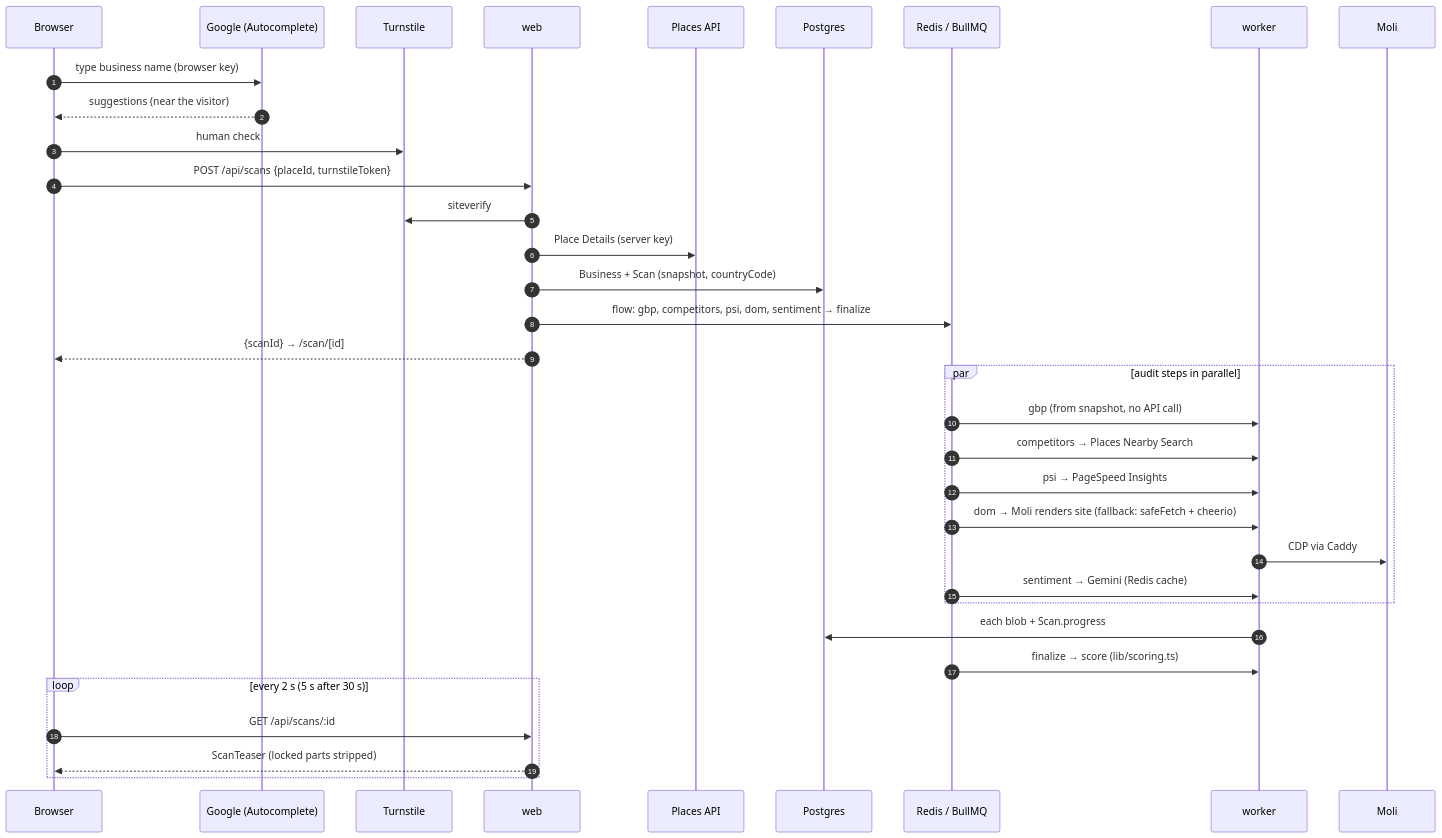
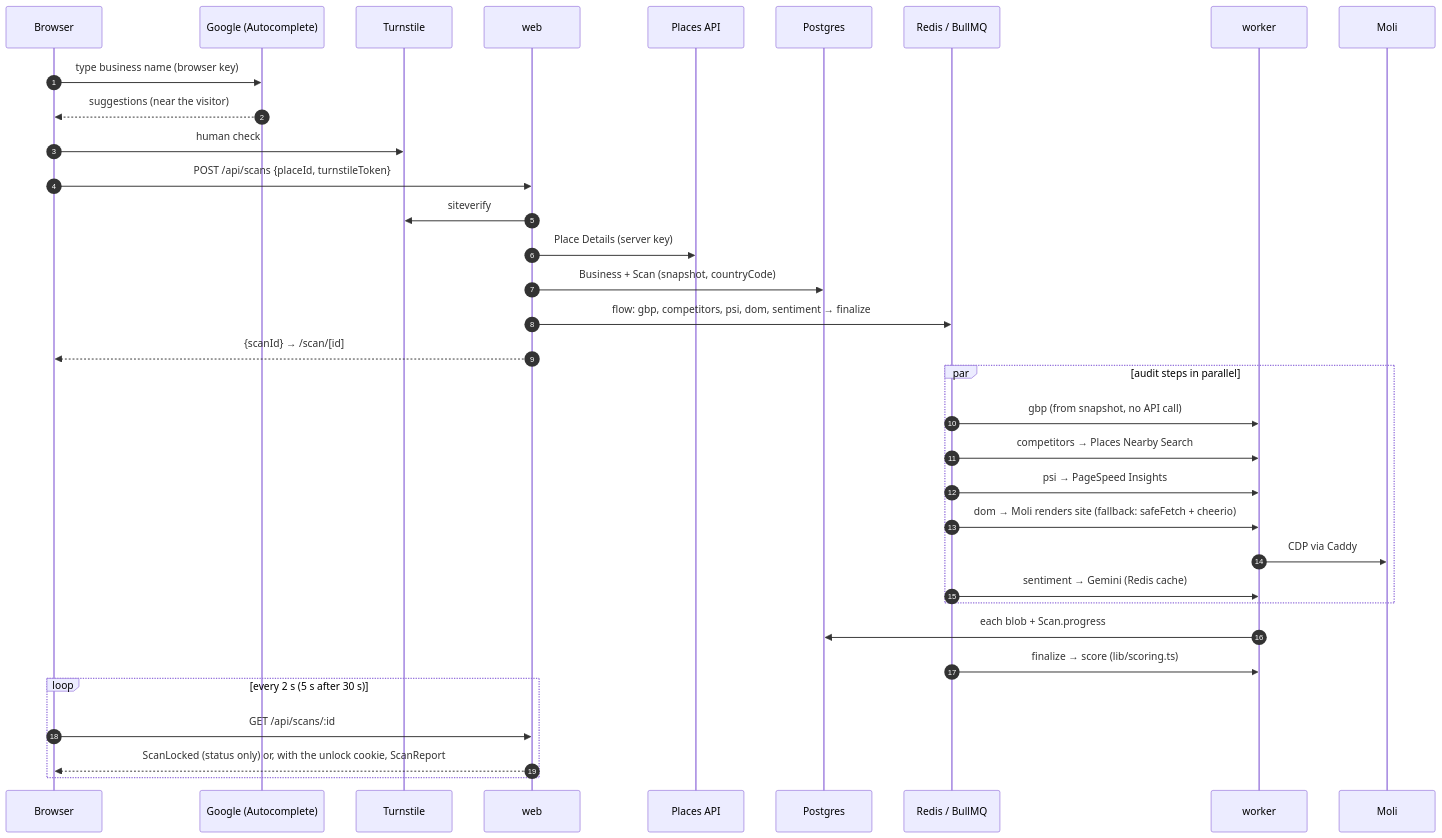
One commit to ishan8727/SEO_analysis changed the second of 3 diagrams in architecture.md. Above: the diagram before and after it, drawn with Mermaid. The commit also changed other lines of this file and 16 other files, not shown here.

````diff
--- a/architecture.md
+++ b/architecture.md
@@ -119,37 +120,37 @@
 ```mermaid
 sequenceDiagram
   autonumber
   participant V as Browser
   participant G as Google (Autocomplete)
   participant T as Turnstile
   participant W as web
   participant P as Places API
   participant DB as Postgres
   participant Q as Redis / BullMQ
   participant K as worker
   participant M as Moli
 
   V->>G: type business name (browser key)
   G-->>V: suggestions (near the visitor)
   V->>T: human check
   V->>W: POST /api/scans {placeId, turnstileToken}
   W->>T: siteverify
   W->>P: Place Details (server key)
   W->>DB: Business + Scan (snapshot, countryCode)
   W->>Q: flow: gbp, competitors, psi, dom, sentiment → finalize
   W-->>V: {scanId} → /scan/[id]
   par audit steps in parallel
     Q->>K: gbp (from snapshot, no API call)
     Q->>K: competitors → Places Nearby Search
     Q->>K: psi → PageSpeed Insights
     Q->>K: dom → Moli renders site (fallback: safeFetch + cheerio)
     K->>M: CDP via Caddy
     Q->>K: sentiment → Gemini (Redis cache)
   end
   K->>DB: each blob + Scan.progress
   Q->>K: finalize → score (lib/scoring.ts)
   loop every 2 s (5 s after 30 s)
     V->>W: GET /api/scans/:id
-    W-->>V: ScanTeaser (locked parts stripped)
+    W-->>V: ScanLocked (status only) or, with the unlock cookie, ScanReport
   end
 ```
````
